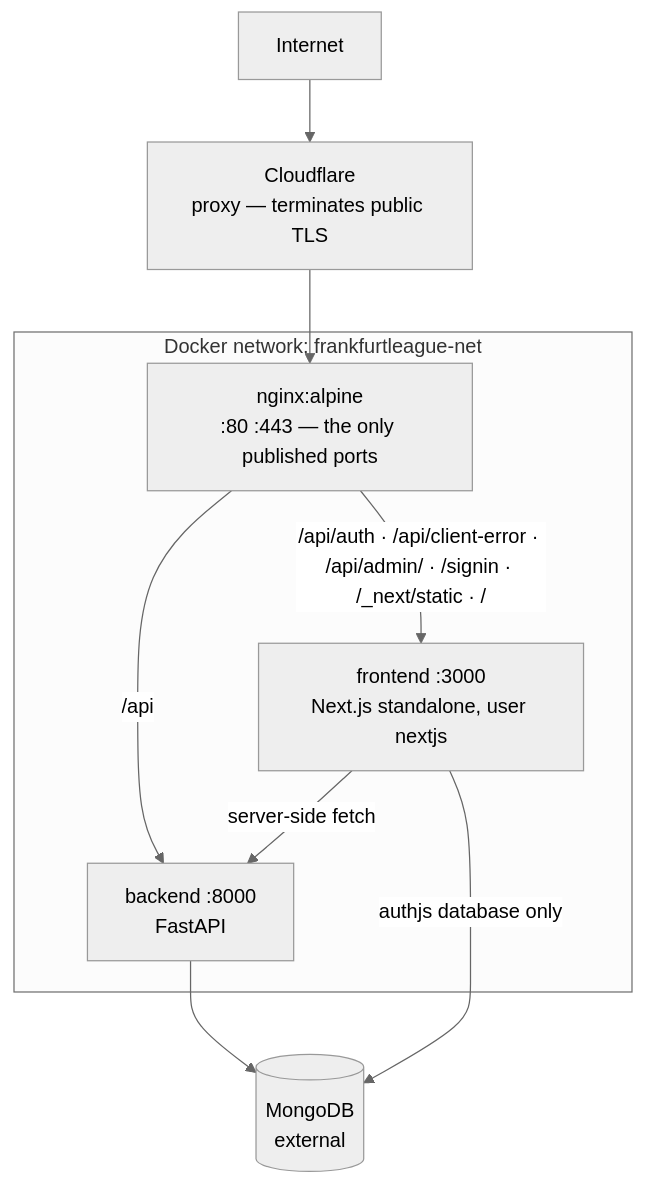
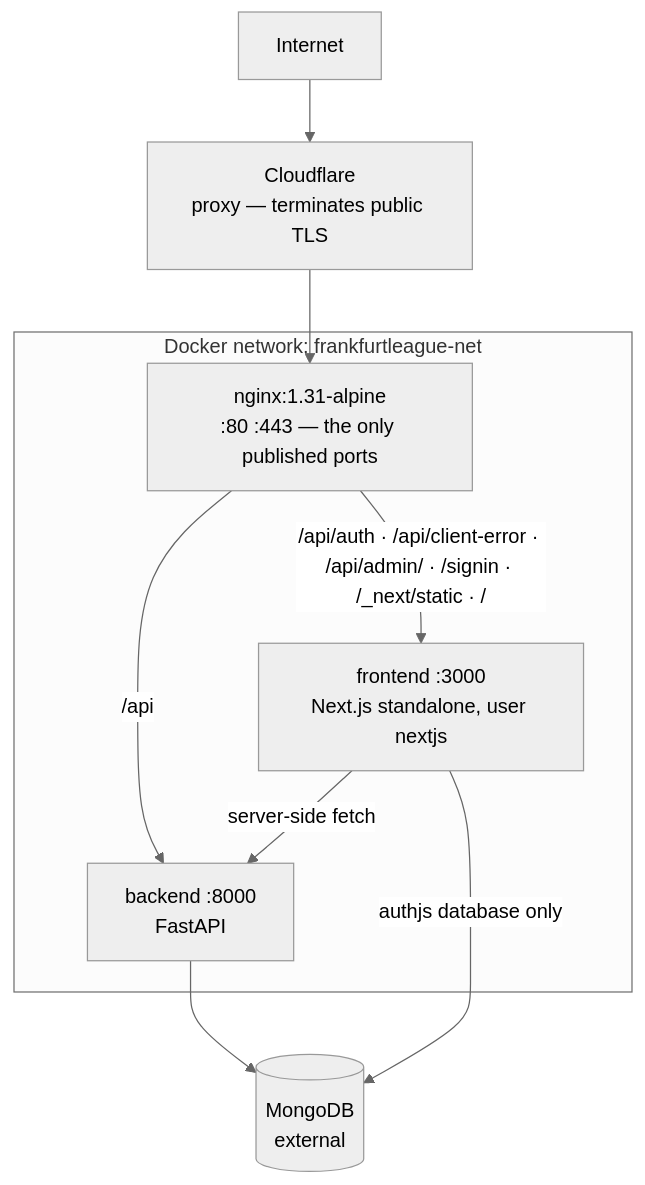
One commit to felzab/frankfurtleague changed the diagram in docs/ops/overview.md. Above: the diagram before and after it, drawn with Mermaid (neutral theme). The commit also changed other lines of this file and 9 other files, not shown here.

````diff
--- a/docs/ops/overview.md
+++ b/docs/ops/overview.md
@@ -17,21 +17,21 @@
 ```mermaid
 graph TB
     internet["Internet"]
     cf["Cloudflare<br/>proxy — terminates public TLS"]
 
     subgraph net["Docker network: frankfurtleague-net"]
-        nginx["nginx:alpine<br/>:80 :443 — the only published ports"]
+        nginx["nginx:1.31-alpine<br/>:80 :443 — the only published ports"]
         fe["frontend :3000<br/>Next.js standalone, user nextjs"]
         be["backend :8000<br/>FastAPI"]
     end
 
     mongo[("MongoDB<br/>external")]
 
     internet --> cf
     cf --> nginx
     nginx -->|"/api"| be
     nginx -->|"/api/auth · /api/client-error · /api/admin/ · /signin · /_next/static · /"| fe
     fe -->|"server-side fetch"| be
     fe -->|"authjs database only"| mongo
     be --> mongo
 ```
````
